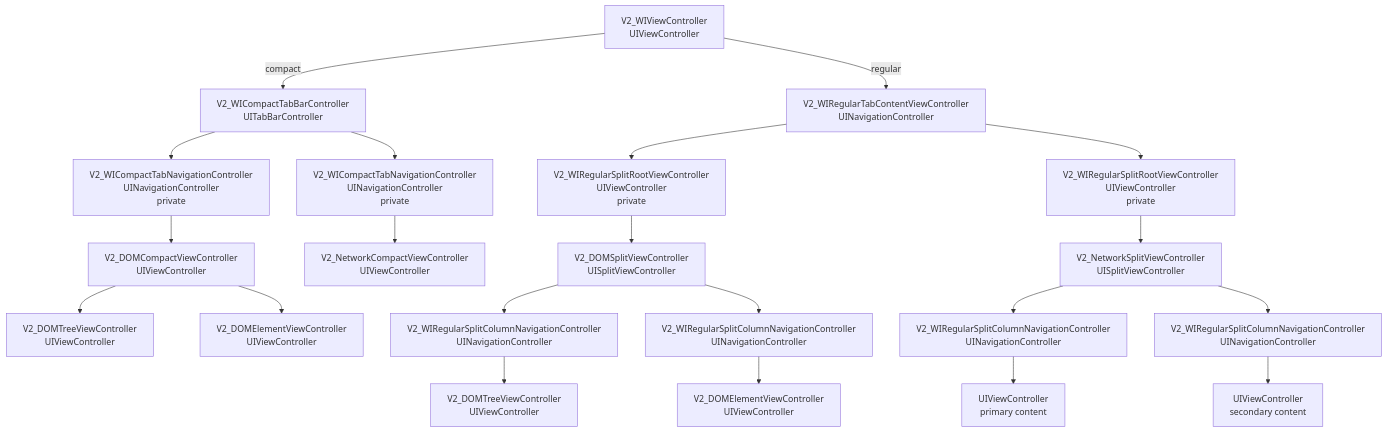
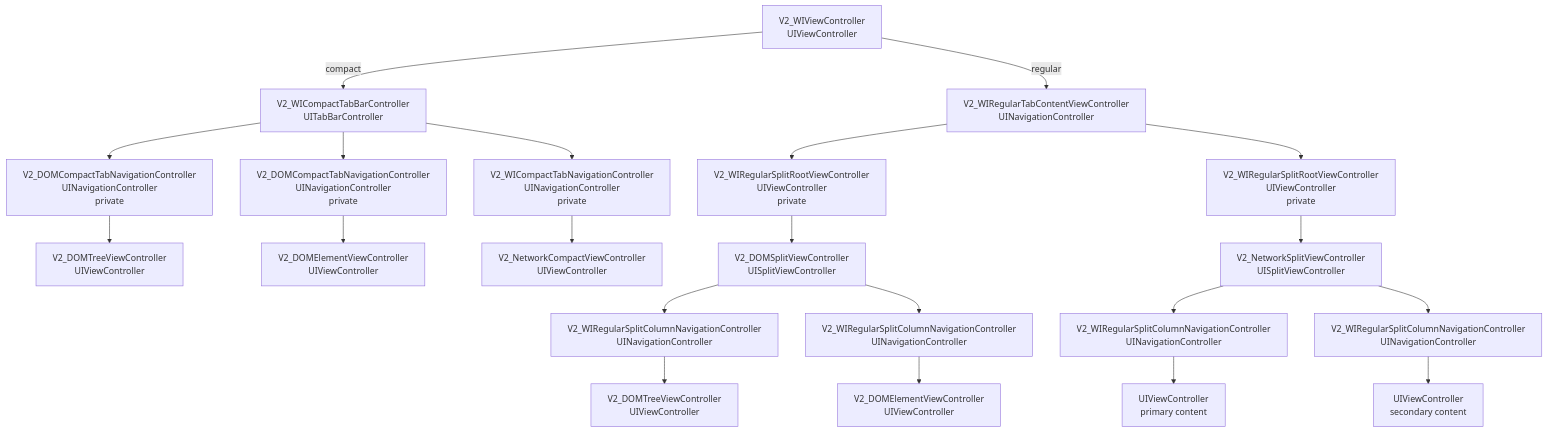
One commit to lynnswap/WebInspectorKit changed the diagram in Sources/WebInspectorUI/V2/Docs/ViewControllerStructure.md. Above: the diagram before and after it, drawn with Mermaid. The commit also changed other lines of this file and 14 other files, not shown here.

````diff
--- a/Sources/WebInspectorUI/V2/Docs/ViewControllerStructure.md
+++ b/Sources/WebInspectorUI/V2/Docs/ViewControllerStructure.md
@@ -8,54 +8,53 @@
 ```mermaid
 flowchart TD
     Root["V2_WIViewController<br/>UIViewController"]
 
     CompactHost["V2_WICompactTabBarController<br/>UITabBarController"]
     RegularHost["V2_WIRegularTabContentViewController<br/>UINavigationController"]
 
-    DOMCompactNavigation["V2_WICompactTabNavigationController<br/>UINavigationController<br/>private"]
-    DOMCompact["V2_DOMCompactViewController<br/>UIViewController"]
+    DOMCompactNavigation["V2_DOMCompactTabNavigationController<br/>UINavigationController<br/>private"]
+    ElementCompactNavigation["V2_DOMCompactTabNavigationController<br/>UINavigationController<br/>private"]
     RegularDOMRoot["V2_WIRegularSplitRootViewController<br/>UIViewController<br/>private"]
     DOMSplit["V2_DOMSplitViewController<br/>UISplitViewController"]
     NetworkCompactNavigation["V2_WICompactTabNavigationController<br/>UINavigationController<br/>private"]
     NetworkCompact["V2_NetworkCompactViewController<br/>UIViewController"]
     RegularNetworkRoot["V2_WIRegularSplitRootViewController<br/>UIViewController<br/>private"]
     NetworkSplit["V2_NetworkSplitViewController<br/>UISplitViewController"]
 
     CompactTree["V2_DOMTreeViewController<br/>UIViewController"]
     CompactElement["V2_DOMElementViewController<br/>UIViewController"]
     RegularTreeNavigation["V2_WIRegularSplitColumnNavigationController<br/>UINavigationController"]
     RegularTree["V2_DOMTreeViewController<br/>UIViewController"]
     RegularElementNavigation["V2_WIRegularSplitColumnNavigationController<br/>UINavigationController"]
     RegularElement["V2_DOMElementViewController<br/>UIViewController"]
 
     NetworkPrimaryNavigation["V2_WIRegularSplitColumnNavigationController<br/>UINavigationController"]
     NetworkSecondaryNavigation["V2_WIRegularSplitColumnNavigationController<br/>UINavigationController"]
     NetworkPrimary["UIViewController<br/>primary content"]
     NetworkSecondary["UIViewController<br/>secondary content"]
 
     Root -->|compact| CompactHost
     Root -->|regular| RegularHost
 
     CompactHost --> DOMCompactNavigation
+    CompactHost --> ElementCompactNavigation
     CompactHost --> NetworkCompactNavigation
-    DOMCompactNavigation --> DOMCompact
+    DOMCompactNavigation --> CompactTree
+    ElementCompactNavigation --> CompactElement
     NetworkCompactNavigation --> NetworkCompact
 
     RegularHost --> RegularDOMRoot
     RegularHost --> RegularNetworkRoot
     RegularDOMRoot --> DOMSplit
     RegularNetworkRoot --> NetworkSplit
-
-    DOMCompact --> CompactTree
-    DOMCompact --> CompactElement
 
     DOMSplit --> RegularTreeNavigation
     RegularTreeNavigation --> RegularTree
     DOMSplit --> RegularElementNavigation
     RegularElementNavigation --> RegularElement
 
     NetworkSplit --> NetworkPrimaryNavigation
     NetworkSplit --> NetworkSecondaryNavigation
     NetworkPrimaryNavigation --> NetworkPrimary
     NetworkSecondaryNavigation --> NetworkSecondary
 ```
````
